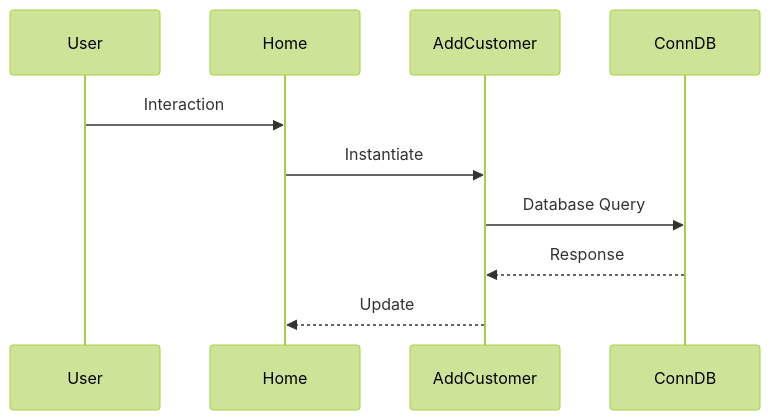
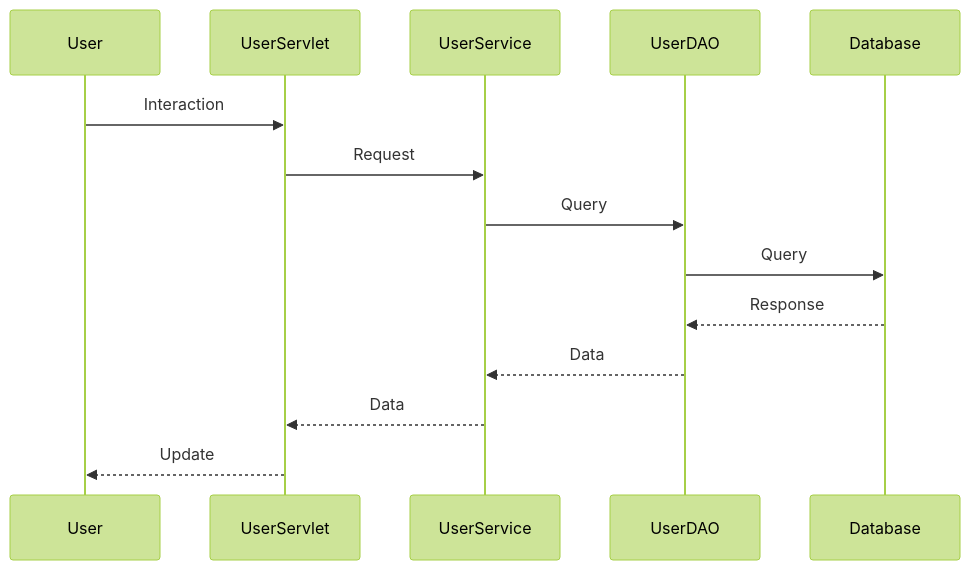
One commit to Barath-07-tech/codebase_doc_llm changed the second of 2 diagrams in output/docs/architecture.md. Above: the diagram before and after it, drawn with Mermaid (forest theme). The commit also changed other lines of this file and 14 other files, not shown here.

````diff
--- a/output/docs/architecture.md
+++ b/output/docs/architecture.md
@@ -43,13 +49,17 @@
 ```mermaid
 sequenceDiagram
     participant User
-    participant Home
-    participant AddCustomer
-    participant ConnDB
+    participant UserServlet
+    participant UserService
+    participant UserDAO
+    participant Database
     
-    User->>Home: Interaction
-    Home->>AddCustomer: Instantiate
-    AddCustomer->>ConnDB: Database Query
-    ConnDB-->>AddCustomer: Response
-    AddCustomer-->>Home: Update
+    User->>UserServlet: Interaction
+    UserServlet->>UserService: Request
+    UserService->>UserDAO: Query
+    UserDAO->>Database: Query
+    Database-->>UserDAO: Response
+    UserDAO-->>UserService: Data
+    UserService-->>UserServlet: Data
+    UserServlet-->>User: Update
 ```
````
